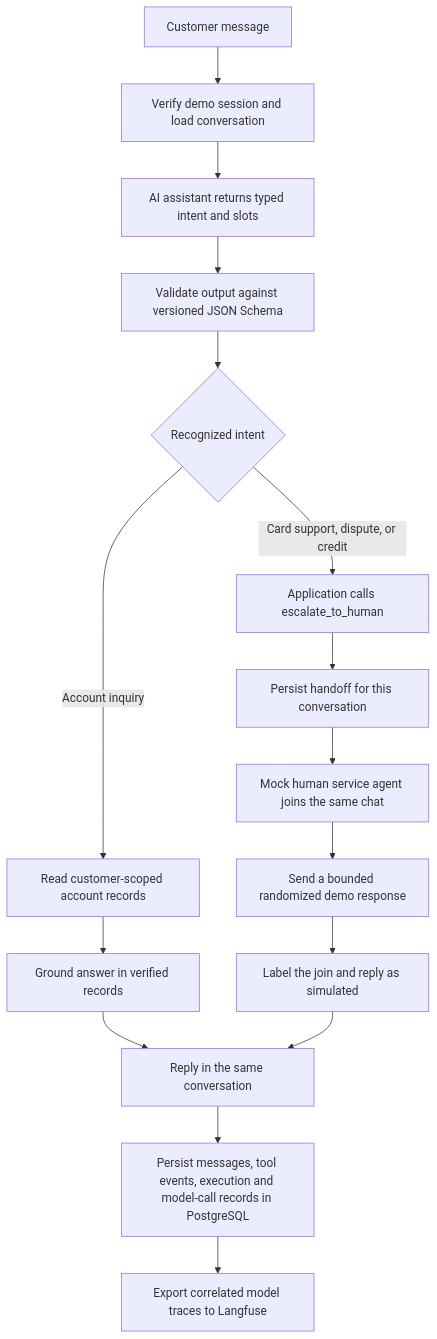
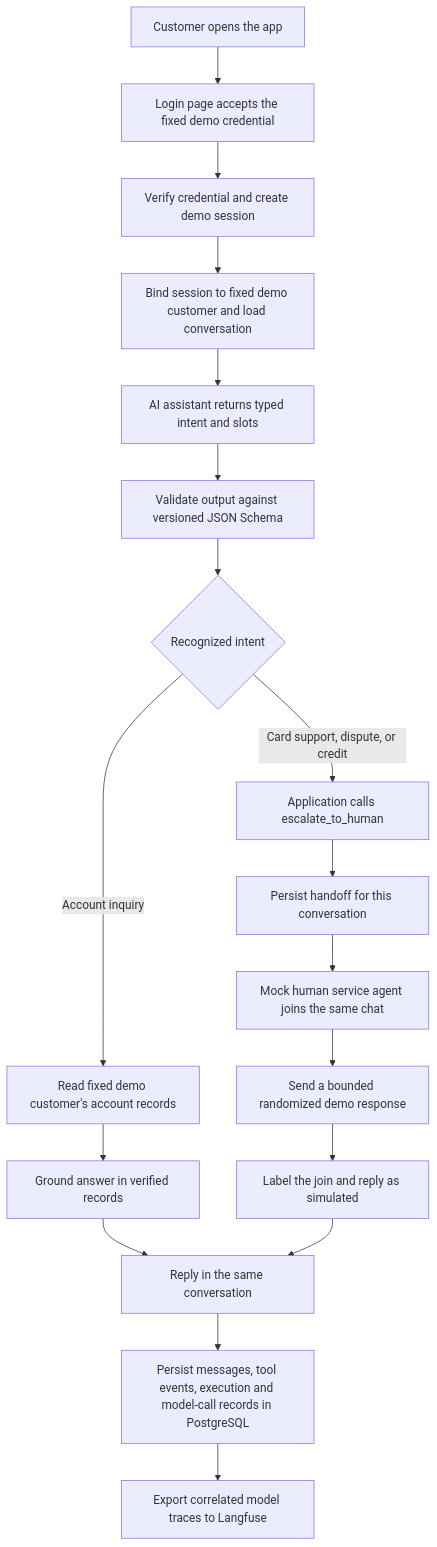
One commit to Youngermaster/factored-hackathon-2026-la-brasil-del-70 changed the first of 2 diagrams in docs/adr/0025-tuesday-account-inquiry-mvp-and-observability.md. Above: the diagram before and after it, drawn with Mermaid. The commit also changed other lines of this file and 1 other file, not shown here.

Commit message:
docs: specify fixed demo login session

````diff
--- a/docs/adr/0025-tuesday-account-inquiry-mvp-and-observability.md
+++ b/docs/adr/0025-tuesday-account-inquiry-mvp-and-observability.md
@@ -19,18 +19,20 @@
 ```mermaid
 flowchart TD
-    C[Customer message] --> S[Verify demo session and load conversation]
-    S --> A[AI assistant returns typed intent and slots]
+    C[Customer opens the app] --> LOGIN[Login page accepts the fixed demo credential]
+    LOGIN --> S[Verify credential and create demo session]
+    S --> D[Bind session to fixed demo customer and load conversation]
+    D --> A[AI assistant returns typed intent and slots]
     A --> V[Validate output against versioned JSON Schema]
     V --> R{Recognized intent}
-    R -->|Account inquiry| Q[Read customer-scoped account records]
+    R -->|Account inquiry| Q[Read fixed demo customer's account records]
     Q --> G[Ground answer in verified records]
     G --> CHAT[Reply in the same conversation]
     R -->|Card support, dispute, or credit| T[Application calls escalate_to_human]
     T --> H[Persist handoff for this conversation]
     H --> M[Mock human service agent joins the same chat]
     M --> X[Send a bounded randomized demo response]
     X --> L[Label the join and reply as simulated]
     L --> CHAT
     CHAT --> P[Persist messages, tool events, execution and model-call records in PostgreSQL]
     P --> O[Export correlated model traces to Langfuse]
 ```
````
